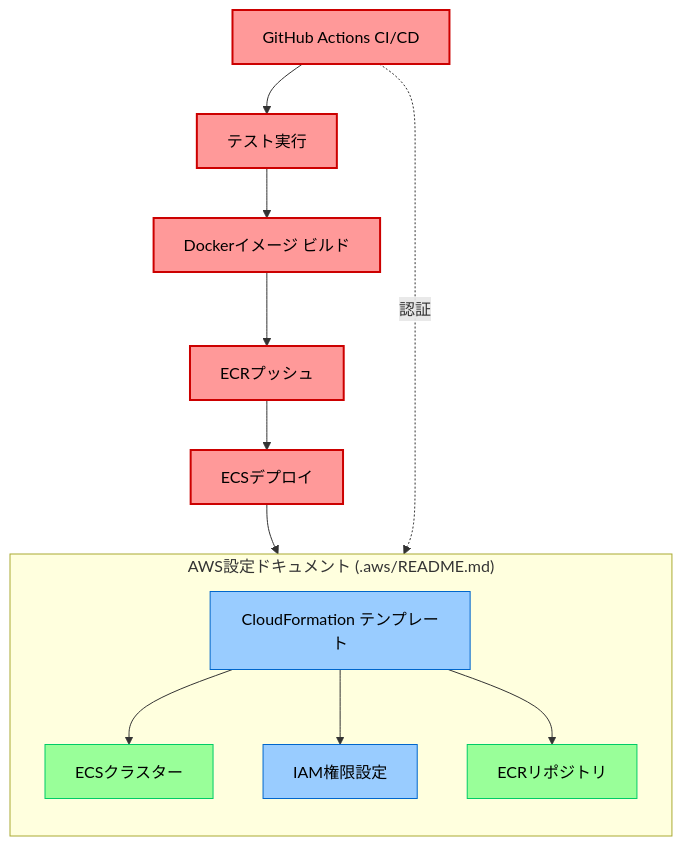
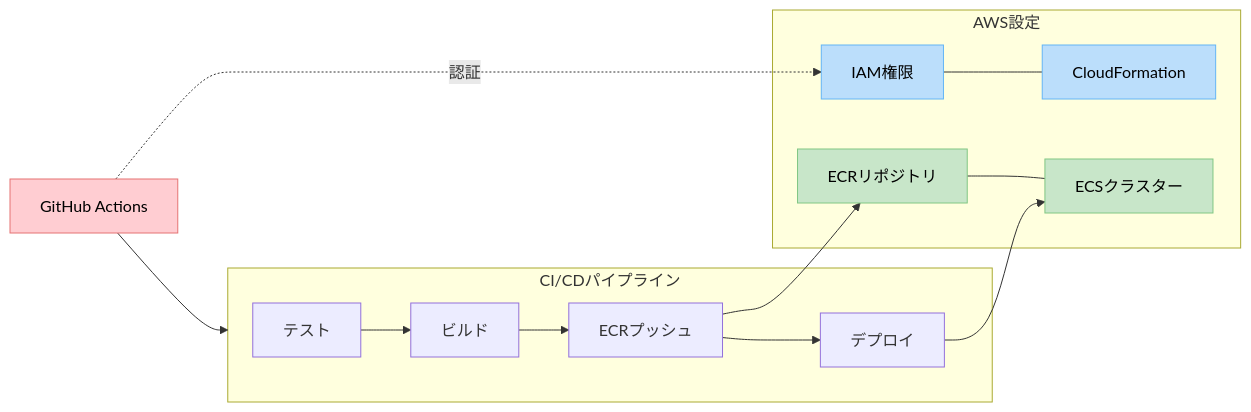
One commit to taka-123/laravel_nuxt_postgre_template changed the diagram in DEVELOPMENT.md. Above: the diagram before and after it, drawn with Mermaid. The commit also changed 3 other files, not shown here.

````diff
--- a/DEVELOPMENT.md
+++ b/DEVELOPMENT.md
@@ -189,39 +189,23 @@
 ```mermaid
-graph TD
-    %% 高コントラストの配色設定
-    classDef cicd fill:#FF9999,stroke:#CC0000,color:#000,stroke-width:2px;
-    classDef aws fill:#99CCFF,stroke:#0066CC,color:#000,stroke-width:1px;
-    classDef infra fill:#99FF99,stroke:#00CC66,color:#000,stroke-width:1px;
+graph LR
+    %% シンプルな配色設定
+    classDef cicd fill:#ffcdd2,stroke:#e57373,color:#000
+    classDef aws fill:#bbdefb,stroke:#64b5f6,color:#000
+    classDef infra fill:#c8e6c9,stroke:#81c784,color:#000
 
-    CICD[GitHub Actions CI/CD]
-
-    %% CI/CDパイプラインを縦に配置
-    CICD --> Tests[テスト実行]
-    Tests --> Build[Dockerイメージ ビルド]
-    Build --> Push[ECRプッシュ]
-    Push --> Deploy[ECSデプロイ]
-
+    CICD[GitHub Actions]:::cicd
+    
+    subgraph Pipeline["CI/CDパイプライン"]
+        Tests[テスト] --> Build[ビルド] --> Push[ECRプッシュ] --> Deploy[デプロイ]
+    end
+    
+    subgraph AWS["AWS設定"]
+        IAM[IAM権限]:::aws --- CloudFormation[CloudFormation]:::aws
+        ECR[ECRリポジトリ]:::infra --- ECS[ECSクラスター]:::infra
+    end
+    
+    CICD --> Pipeline
     Deploy --> ECS
-
-    %% AWSリソースを縦に配置
-    subgraph "AWS設定ドキュメント (.aws/README.md)"
-        direction TB
-        CloudFormation[CloudFormation テンプレート]
-        IAM[IAM権限設定]
-        CloudFormation --> IAM
-
-        ECR[ECRリポジトリ]
-        CloudFormation --> ECR
-
-        ECS[ECSクラスター]
-        CloudFormation --> ECS
-    end
-
-    %% 認証の関係
     CICD -.認証.-> IAM
-
-    %% スタイル適用
-    class CICD,Tests,Build,Push,Deploy cicd;
-    class IAM,CloudFormation aws;
-    class ECR,ECS infra;
+    Push --> ECR
 ```
````
